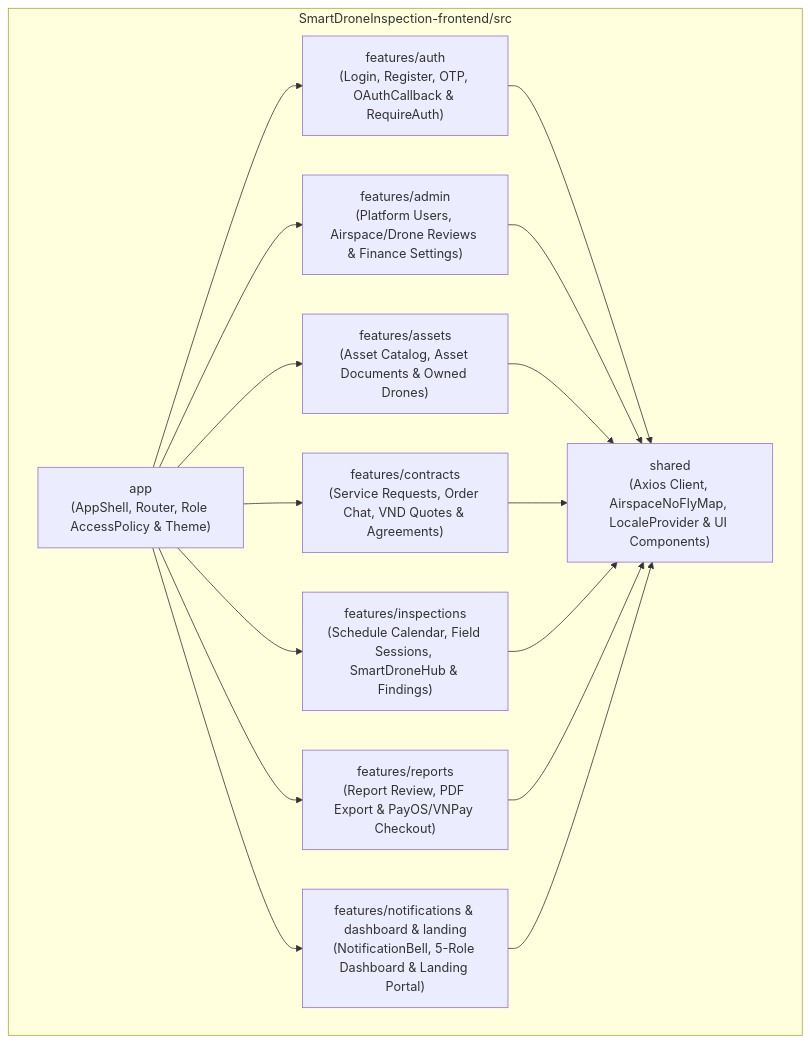
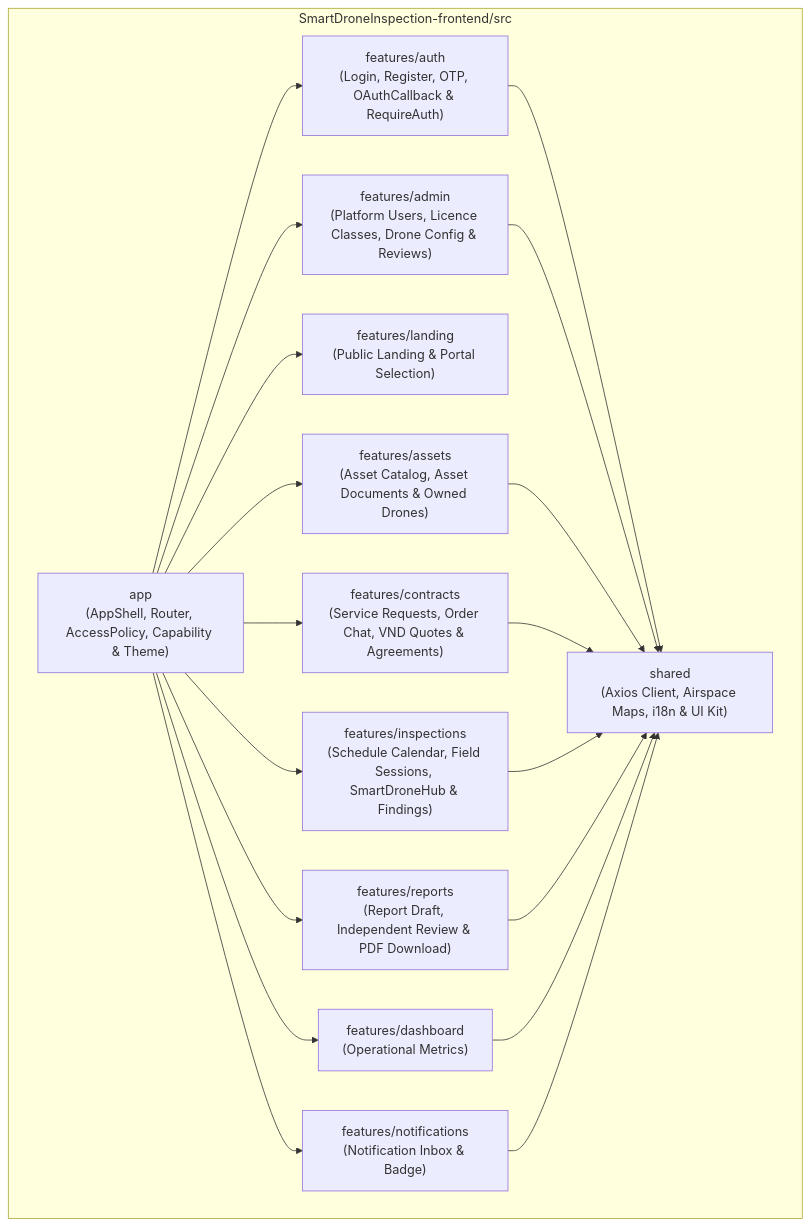
The third of 4 diagrams in reports/report-4-software-design-document/01-system-design.md (tungbach12/SmartDroneInspection-Docs), drawn with Mermaid before and after one commit. The commit also changed other lines of this file and 375 other files, not shown here.

````diff
--- a/reports/report-4-software-design-document/01-system-design.md
+++ b/reports/report-4-software-design-document/01-system-design.md
@@ -147,30 +156,35 @@
 ```mermaid
 %% title: Web Portal Subsystem Package Diagram
 flowchart TD
   subgraph WebRoot["SmartDroneInspection-frontend/src"]
-    APP["app\n(AppShell, Router, Role AccessPolicy & Theme)"]
+    APP["app\n(AppShell, Router, AccessPolicy, Capability & Theme)"]
     FEAT_AUTH["features/auth\n(Login, Register, OTP, OAuthCallback & RequireAuth)"]
-    FEAT_ADMIN["features/admin\n(Platform Users, Airspace/Drone Reviews & Finance Settings)"]
+    FEAT_ADMIN["features/admin\n(Platform Users, Licence Classes, Drone Config & Reviews)"]
+    FEAT_LANDING["features/landing\n(Public Landing & Portal Selection)"]
     FEAT_ASSETS["features/assets\n(Asset Catalog, Asset Documents & Owned Drones)"]
     FEAT_CONTRACTS["features/contracts\n(Service Requests, Order Chat, VND Quotes & Agreements)"]
     FEAT_INSP["features/inspections\n(Schedule Calendar, Field Sessions, SmartDroneHub & Findings)"]
-    FEAT_REPORTS["features/reports\n(Report Review, PDF Export & PayOS/VNPay Checkout)"]
-    FEAT_NOTIF["features/notifications & dashboard & landing\n(NotificationBell, 5-Role Dashboard & Landing Portal)"]
-    WEB_SHARED["shared\n(Axios Client, AirspaceNoFlyMap, LocaleProvider & UI Components)"]
+    FEAT_REPORTS["features/reports\n(Report Draft, Independent Review & PDF Download)"]
+    FEAT_DASH["features/dashboard\n(Operational Metrics)"]
+    FEAT_NOTIF["features/notifications\n(Notification Inbox & Badge)"]
+    WEB_SHARED["shared\n(Axios Client, Airspace Maps, i18n & UI Kit)"]
   end
 
   APP --> FEAT_AUTH
   APP --> FEAT_ADMIN
+  APP --> FEAT_LANDING
   APP --> FEAT_ASSETS
   APP --> FEAT_CONTRACTS
   APP --> FEAT_INSP
   APP --> FEAT_REPORTS
+  APP --> FEAT_DASH
   APP --> FEAT_NOTIF
   FEAT_AUTH --> WEB_SHARED
   FEAT_ADMIN --> WEB_SHARED
   FEAT_ASSETS --> WEB_SHARED
   FEAT_CONTRACTS --> WEB_SHARED
   FEAT_INSP --> WEB_SHARED
   FEAT_REPORTS --> WEB_SHARED
+  FEAT_DASH --> WEB_SHARED
   FEAT_NOTIF --> WEB_SHARED
 ```
````
